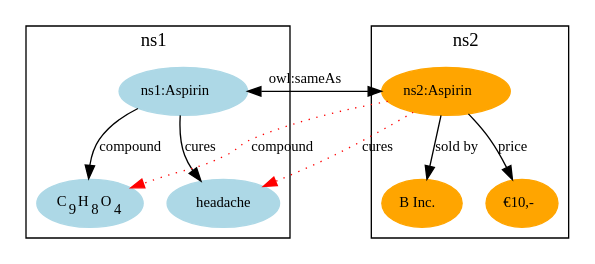
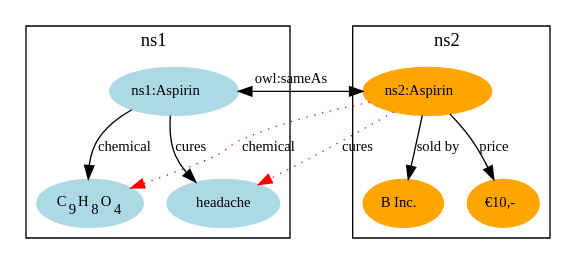
Before and after one commit to wouterbeek/wouterbeek.github.io: the diagram in img/identity_crisis3.dot, drawn with Graphviz. The commit also changed 17 other files, not shown here.

```diff
--- a/img/identity_crisis3.dot
+++ b/img/identity_crisis3.dot
@@ -1,37 +1,37 @@
 digraph identity_crisis3 {
   edge [fontsize=11.0];
   node [fontsize=11.0];
 
   subgraph cluster_ns1 {
     label=<ns1>;
     node [color=lightblue,style=filled];
     
     c9h8o4 [label=<C<SUB>9</SUB>H<SUB>8</SUB>O<SUB>4</SUB>>];
     ns1 [label=<ns1:Aspirin>];
     headache [label=<headache>];
 
-    ns1 -> c9h8o4 [label=<compound>];
+    ns1 -> c9h8o4 [label=<chemical>];
     ns1 -> headache [label=<cures>];
   }
   
   subgraph cluster_ns2 {
     label=<ns2>;
     node [color=orange,style=filled];
     
     ns2 [label=<ns2:Aspirin>];
     binc [label=<B Inc.>];
     bprice [label=<€10,->];
     
     ns2 -> binc [label=<sold by>];
     ns2 -> bprice [label=<price>];
   }
 
   ns1 -> ns2 [dir="both",label=<owl:sameAs>];
 
   {
     edge [color="red",style="dotted"];
     
-    ns2 -> c9h8o4 [label=<compound>];
+    ns2 -> c9h8o4 [label=<chemical>];
     ns2 -> headache [label=<cures>];
   }
 }
```
